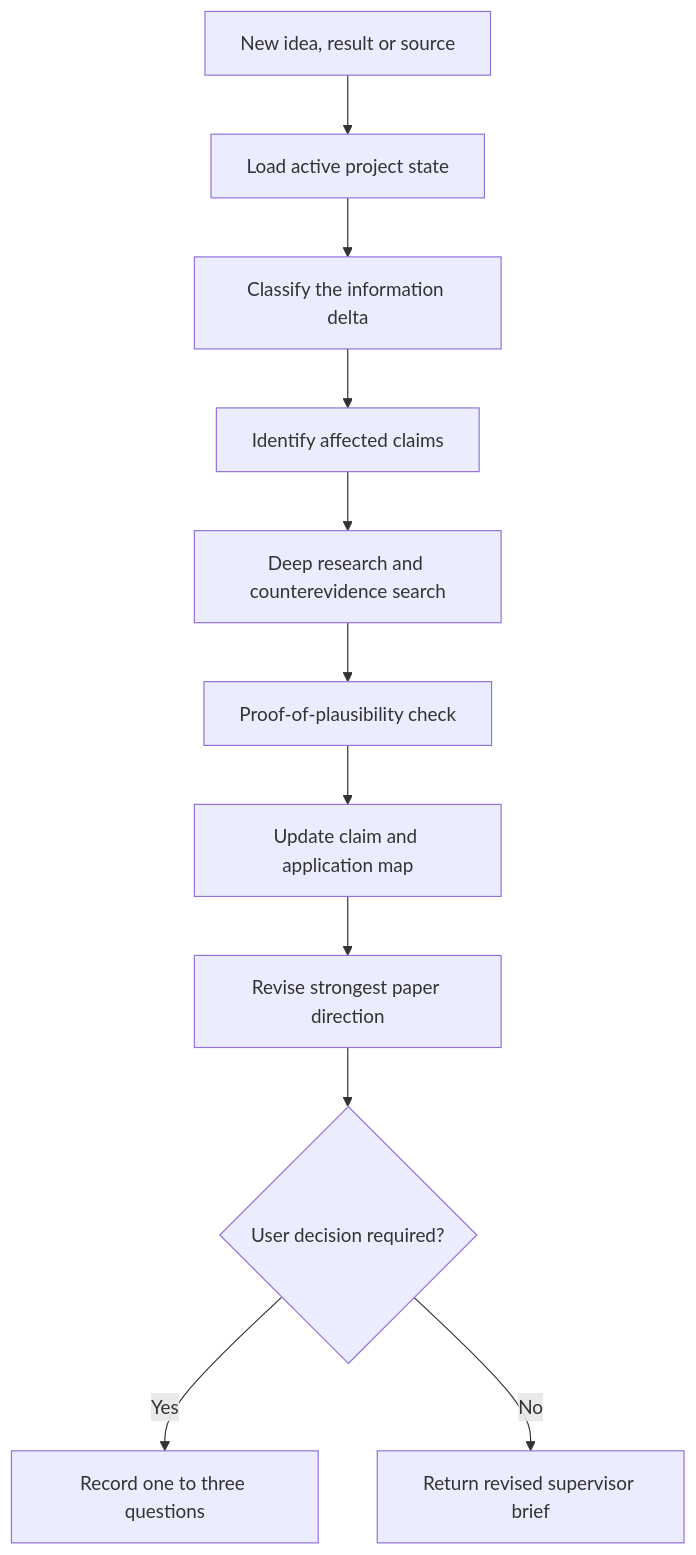
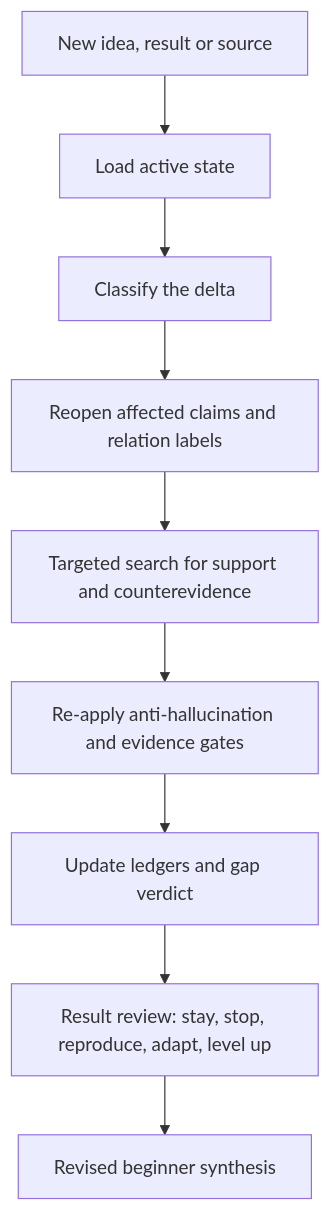
One commit to geekybobz/research-context-scout changed the second of 4 diagrams in README.md. Above: the diagram before and after it, drawn with Mermaid. The commit also changed other lines of this file and 23 other files, not shown here.

First line of the commit message:
feat(scout): harden evidence-gated research workflow

````diff
--- a/README.md
+++ b/README.md
@@ -488,13 +582,11 @@
 ```mermaid
 flowchart TD
-    A["New idea, result or source"] --> B["Load active project state"]
-    B --> C["Classify the information delta"]
-    C --> D["Identify affected claims"]
-    D --> E["Deep research and counterevidence search"]
-    E --> F["Proof-of-plausibility check"]
-    F --> G["Update claim and application map"]
-    G --> H["Revise strongest paper direction"]
-    H --> I{"User decision required?"}
-    I -- "Yes" --> J["Record one to three questions"]
-    I -- "No" --> K["Return revised supervisor brief"]
+    A["New idea, result or source"] --> B["Load active state"]
+    B --> C["Classify the delta"]
+    C --> D["Reopen affected claims and relation labels"]
+    D --> E["Targeted search for support and counterevidence"]
+    E --> F["Re-apply anti-hallucination and evidence gates"]
+    F --> G["Update ledgers and gap verdict"]
+    G --> H["Result review: stay, stop, reproduce, adapt, level up"]
+    H --> I["Revised beginner synthesis"]
 ```
````
